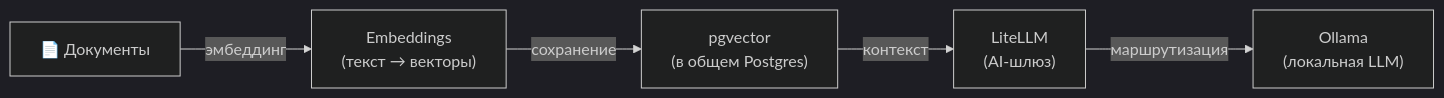
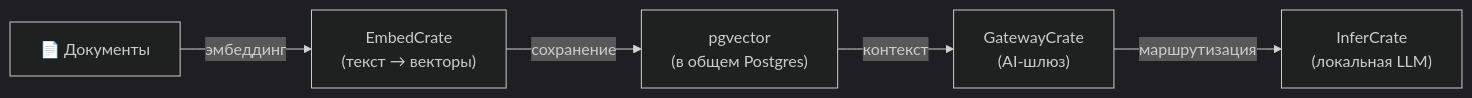
The diagram in stacks/rag-pipeline/README-ru.md (hwdsl2/self-hosted-ai-stack), drawn with Mermaid (dark theme) before and after one commit. The commit also changed other lines of this file and 47 other files, not shown here.

````diff
--- a/stacks/rag-pipeline/README-ru.md
+++ b/stacks/rag-pipeline/README-ru.md
@@ -17,7 +17,7 @@
 ```mermaid
 graph LR
-    D["📄 Документы"] -->|эмбеддинг| E["Embeddings<br/>(текст → векторы)"]
+    D["📄 Документы"] -->|эмбеддинг| E["EmbedCrate<br/>(текст → векторы)"]
     E -->|сохранение| VDB["pgvector<br/>(в общем Postgres)"]
-    VDB -->|контекст| L["LiteLLM<br/>(AI-шлюз)"]
-    L -->|маршрутизация| O["Ollama<br/>(локальная LLM)"]
+    VDB -->|контекст| L["GatewayCrate<br/>(AI-шлюз)"]
+    L -->|маршрутизация| O["InferCrate<br/>(локальная LLM)"]
 ```
````
